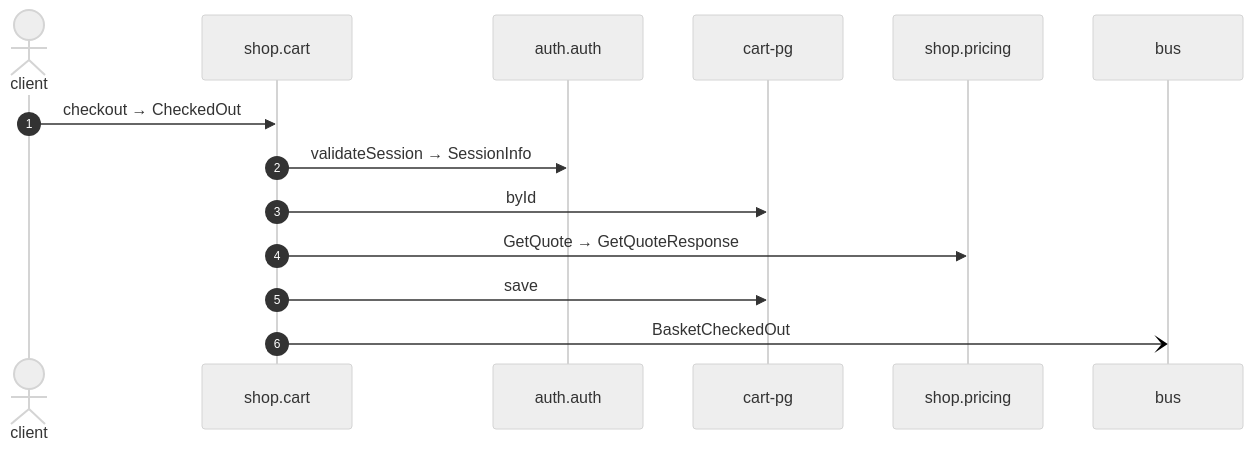
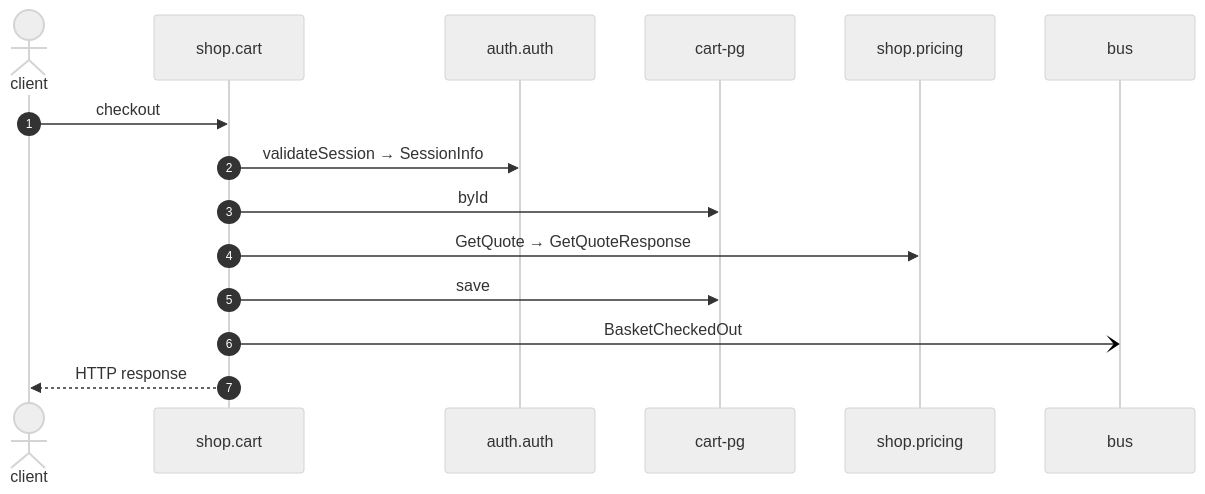
One commit to shortlink-org/portolan changed the diagram in docs/example/flows/cart-checkout.md. Above: the diagram before and after it, drawn with Mermaid (neutral theme). The commit also changed other lines of this file and 191 other files, not shown here.

````diff
--- a/docs/example/flows/cart-checkout.md
+++ b/docs/example/flows/cart-checkout.md
@@ -22,16 +26,17 @@
 ```mermaid
 sequenceDiagram
     autonumber
     actor p0 as client
     participant p1 as shop.cart
     participant p2 as auth.auth
     participant p3 as cart-pg
     participant p4 as shop.pricing
     participant p5 as bus
-    p0->>p1: checkout → CheckedOut
+    p0->>p1: checkout
     p1->>p2: validateSession → SessionInfo
     p1->>p3: byId
     p1->>p4: GetQuote → GetQuoteResponse
     p1->>p3: save
     p1-)p5: BasketCheckedOut
+    p1-->>p0: HTTP response
 ```
````
